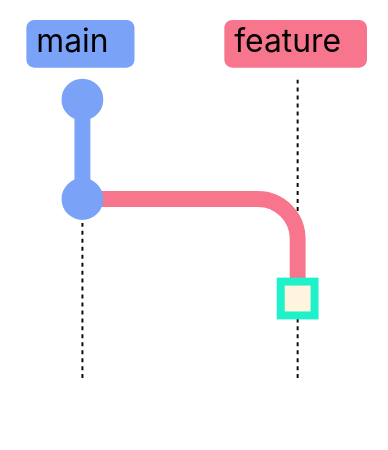
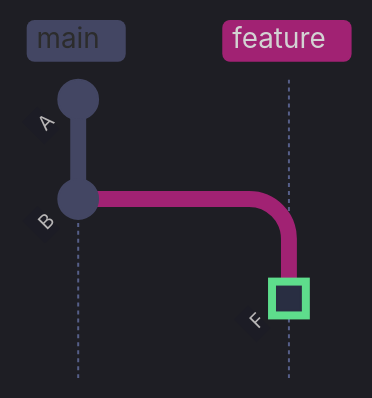
Before and after one commit to alp78/elysium: diagram 11 of 12 in content/08-Git/04-merge-vs-rebase-vs-squash.md, drawn with Mermaid. The commit also changed other lines of this file and 4 other files, not shown here.

````diff
--- a/content/08-Git/04-merge-vs-rebase-vs-squash.md
+++ b/content/08-Git/04-merge-vs-rebase-vs-squash.md
@@ -367,9 +714,20 @@
 ```mermaid
-%%{init: {'theme': 'base', 'themeVariables': {'git0': '#7aa2f7', 'git1': '#f7768e', 'git2': '#9ece6a', 'git3': '#e0af68', 'git4': '#bb9af7', 'gitBranchLabel0': '#000000', 'gitBranchLabel1': '#000000', 'gitBranchLabel2': '#000000', 'gitBranchLabel3': '#000000', 'commitLabelColor': '#ffffff', 'commitLabelBackground': 'transparent', 'commitLabelFontSize': '14px', 'tagLabelColor': '#000000', 'tagLabelBackground': '#c0caf5'}, 'gitGraph': {'mainBranchName': 'main'}} }%%
+%%{init: {'theme': 'dark', 'themeVariables': {
+  'primaryColor': '#292e42',
+  'primaryTextColor': '#c0caf5',
+  'primaryBorderColor': '#565f89',
+  'lineColor': '#565f89',
+  'secondaryColor': '#1a1b26',
+  'tertiaryColor': '#24283b',
+  'noteTextColor': '#c0caf5',
+  'noteBkgColor': '#292e42',
+  'textColor': '#c0caf5',
+  'fontSize': '14px'
+}, 'gitGraph': {'mainBranchName': 'main'}}}%%
 gitGraph TB:
   commit id: "A"
   commit id: "B"
   branch feature
-  commit id: "feat: auth" type: HIGHLIGHT
+  commit id: "F" type: HIGHLIGHT
   checkout main
 ```
````
